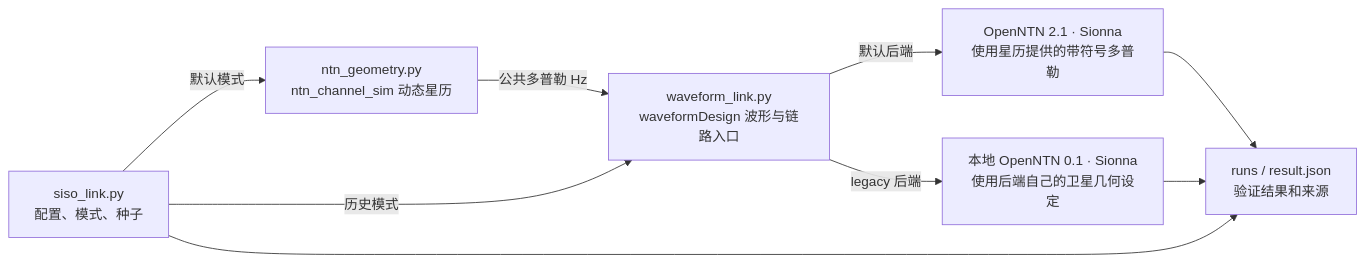
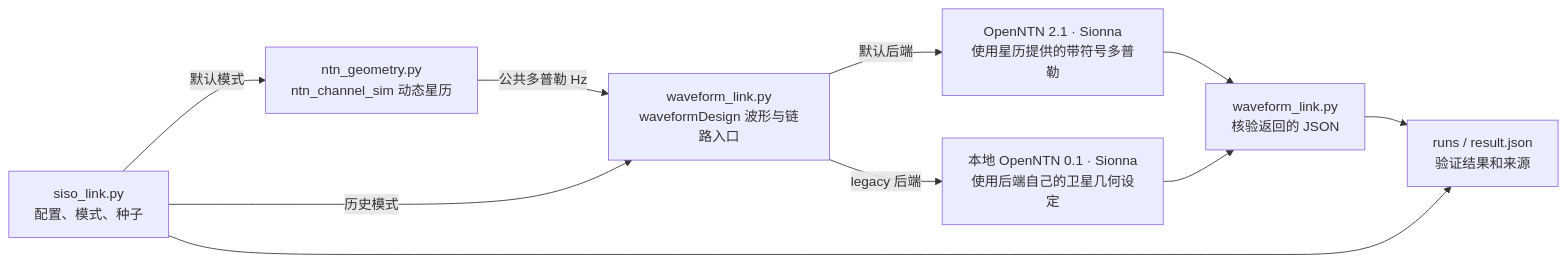
The diagram in doc/ARCHITECTURE.md (youxiuandwonder/Experiment_Platform), drawn with Mermaid before and after one commit.

Commit message:
docs: show where chain output is validated

````diff
--- a/doc/ARCHITECTURE.md
+++ b/doc/ARCHITECTURE.md
@@ -13,17 +13,19 @@
 ```mermaid
 flowchart LR
     A["siso_link.py<br>配置、模式、种子"]
     N["ntn_geometry.py<br>ntn_channel_sim 动态星历"]
     W["waveform_link.py<br>waveformDesign 波形与链路入口"]
     O["OpenNTN 2.1 · Sionna<br>使用星历提供的带符号多普勒"]
     L["本地 OpenNTN 0.1 · Sionna<br>使用后端自己的卫星几何设定"]
+    V["waveform_link.py<br>核验返回的 JSON"]
     R["runs / result.json<br>验证结果和来源"]
     A -->|默认模式| N
     N -->|公共多普勒 Hz| W
     A -->|历史模式| W
     W -->|默认后端| O
     W -->|legacy 后端| L
-    O --> R
-    L --> R
+    O --> V
+    L --> V
+    V --> R
     A --> R
 ```
````
